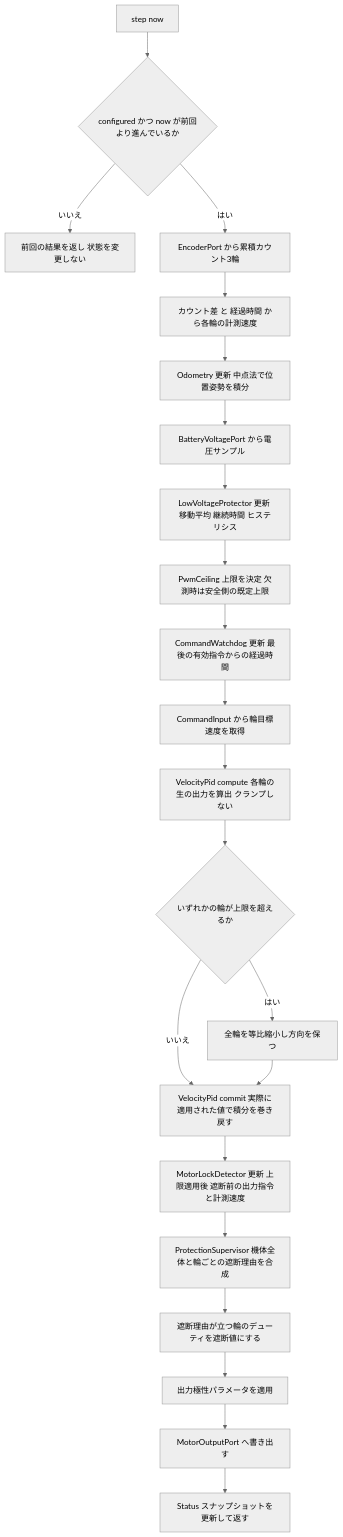
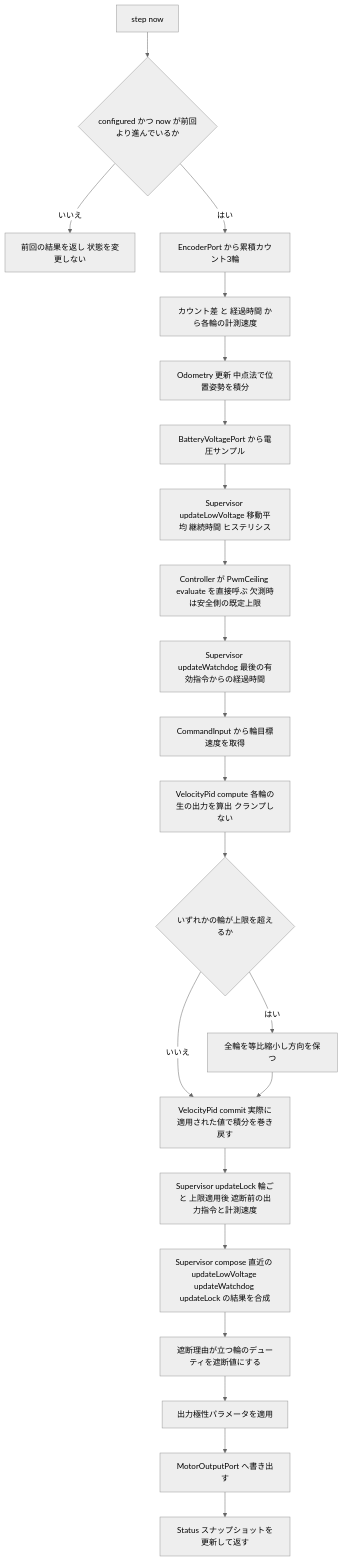
Before and after one commit to f18c052f/smart-trashbox-tribute: the second of 5 diagrams in .kiro/specs/drivetrain-core/design.md, drawn with Mermaid (neutral theme). The commit also changed other lines of this file, not shown here.

````diff
--- a/.kiro/specs/drivetrain-core/design.md
+++ b/.kiro/specs/drivetrain-core/design.md
@@ -321,24 +322,24 @@
 ```mermaid
 flowchart TB
     Start[step now] --> DtCheck{configured かつ now が前回より進んでいるか}
     DtCheck -- いいえ --> Cached[前回の結果を返し 状態を変更しない]
     DtCheck -- はい --> ReadEnc[EncoderPort から累積カウント3輪]
     ReadEnc --> Speed[カウント差 と 経過時間 から各輪の計測速度]
     Speed --> Odom[Odometry 更新 中点法で位置姿勢を積分]
     Odom --> ReadBatt[BatteryVoltagePort から電圧サンプル]
-    ReadBatt --> LowV[LowVoltageProtector 更新 移動平均 継続時間 ヒステリシス]
-    LowV --> Ceil[PwmCeiling 上限を決定 欠測時は安全側の既定上限]
-    Ceil --> Wd[CommandWatchdog 更新 最後の有効指令からの経過時間]
+    ReadBatt --> LowV[Supervisor updateLowVoltage 移動平均 継続時間 ヒステリシス]
+    LowV --> Ceil[Controller が PwmCeiling evaluate を直接呼ぶ 欠測時は安全側の既定上限]
+    Ceil --> Wd[Supervisor updateWatchdog 最後の有効指令からの経過時間]
     Wd --> Target[CommandInput から輪目標速度を取得]
     Target --> Pid[VelocityPid compute 各輪の生の出力を算出 クランプしない]
     Pid --> Scale{いずれかの輪が上限を超えるか}
     Scale -- はい --> Shrink[全輪を等比縮小し方向を保つ]
     Scale -- いいえ --> Commit
     Shrink --> Commit[VelocityPid commit 実際に適用された値で積分を巻き戻す]
-    Commit --> Lock[MotorLockDetector 更新 上限適用後 遮断前の出力指令と計測速度]
-    Lock --> Sup[ProtectionSupervisor 機体全体と輪ごとの遮断理由を合成]
+    Commit --> Lock[Supervisor updateLock 輪ごと 上限適用後 遮断前の出力指令と計測速度]
+    Lock --> Sup[Supervisor compose 直近の updateLowVoltage updateWatchdog updateLock の結果を合成]
     Sup --> Gate[遮断理由が立つ輪のデューティを遮断値にする]
     Gate --> Polarity[出力極性パラメータを適用]
     Polarity --> Write[MotorOutputPort へ書き出す]
     Write --> Snap[Status スナップショットを更新して返す]
 ```
````
